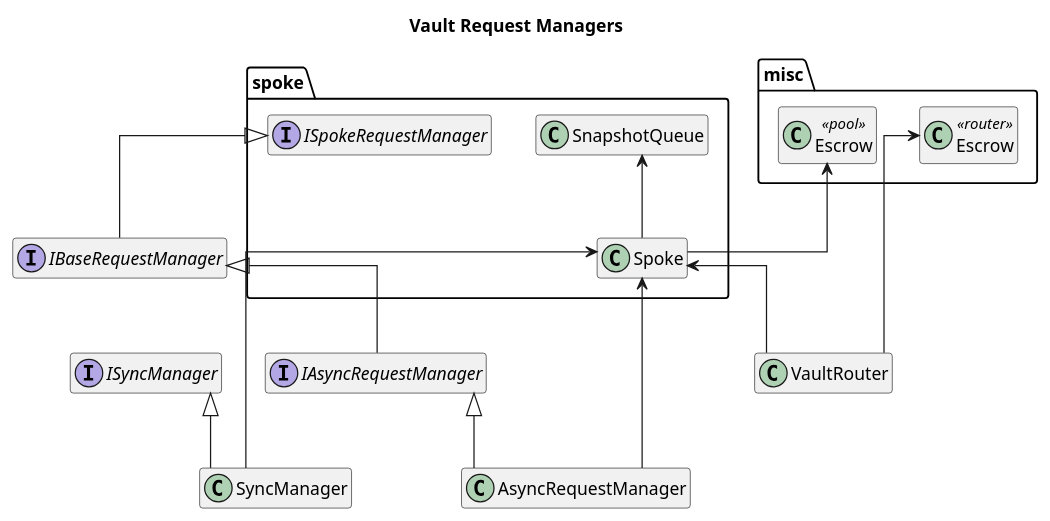
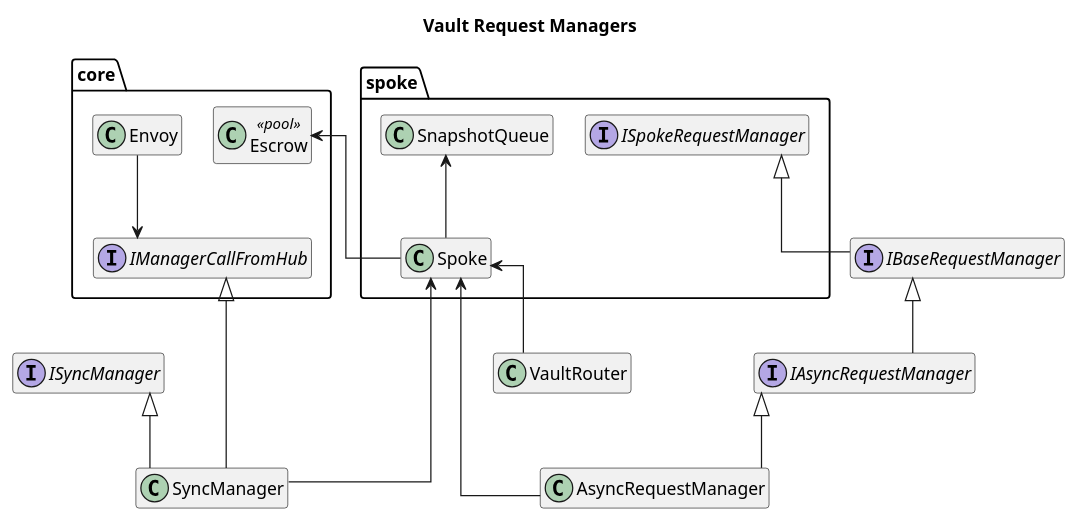
Before and after one commit to centrifuge/protocol: the diagram in docs/architecture/vaults/request-managers.puml, drawn with PlantUML. The commit also changed 22 other files, not shown here.

Commit message:
Updated PlantUML diagrams for v3.3 (#306)

```diff
--- a/docs/architecture/vaults/request-managers.puml
+++ b/docs/architecture/vaults/request-managers.puml
@@ -1,37 +1,42 @@
 @startuml request-managers
 title Vault Request Managers
 hide empty members
 
 skinparam linetype ortho
 
-package misc {
+skinparam nodesep 25
+
+package core {
     class "Escrow" as PoolEscrow<<pool>>
-    class "Escrow" as RouterEscrow<<router>>
+    class Envoy
+    interface IManagerCallFromHub
 }
 
 package spoke {
     class Spoke
     class SnapshotQueue
     interface ISpokeRequestManager
 }
 
 interface IBaseRequestManager
 interface IAsyncRequestManager
 interface ISyncManager
 
 IBaseRequestManager -up-|> ISpokeRequestManager
 
 IAsyncRequestManager -up-|> IBaseRequestManager
 
+Envoy --> IManagerCallFromHub
+
 AsyncRequestManager -up-> Spoke
 AsyncRequestManager -up-|> IAsyncRequestManager
 Spoke -up-> PoolEscrow
 Spoke -up-> SnapshotQueue
 
 SyncManager -up-|> ISyncManager
+SyncManager -up-|> IManagerCallFromHub
 SyncManager -up--> Spoke
 
-VaultRouter -up-> RouterEscrow
 VaultRouter -up-> Spoke
 
 @enduml
```
